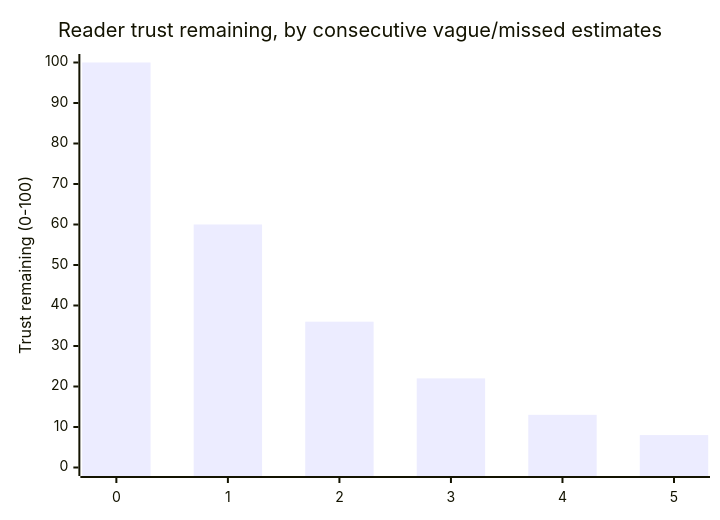
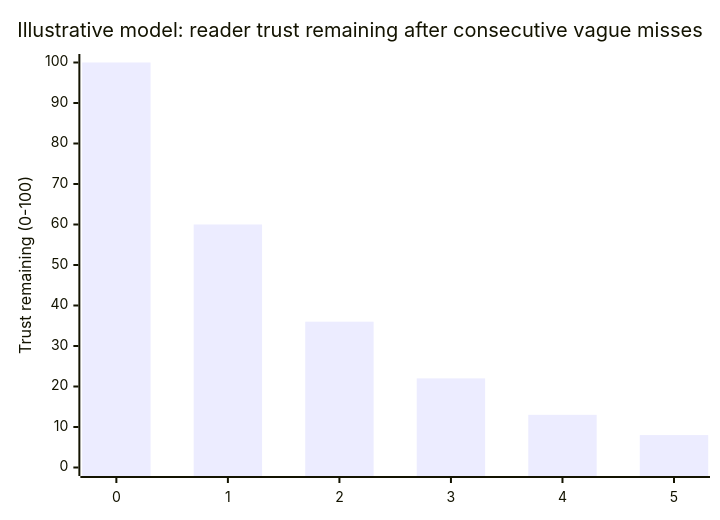
The third of 3 diagrams in src/content/business-communication/status-updates-build-trust/L2-concept.mdx (francoandreDev/knowledge), drawn with Mermaid before and after one commit. The commit also changed other lines of this file and 3 other files, not shown here.

Commit message:
Migrate business-communication/status-updates-build-trust to the three-tier exercise model

````diff
--- a/src/content/business-communication/status-updates-build-trust/L2-concept.mdx
+++ b/src/content/business-communication/status-updates-build-trust/L2-concept.mdx
@@ -103,7 +99,7 @@
 ```mermaid
 xychart-beta
-    title "Reader trust remaining, by consecutive vague/missed estimates"
+    title "Illustrative model: reader trust remaining after consecutive vague misses"
     x-axis ["0", "1", "2", "3", "4", "5"]
     y-axis "Trust remaining (0-100)" 0 --> 100
     bar [100, 60, 36, 22, 13, 8]
 ```
````
